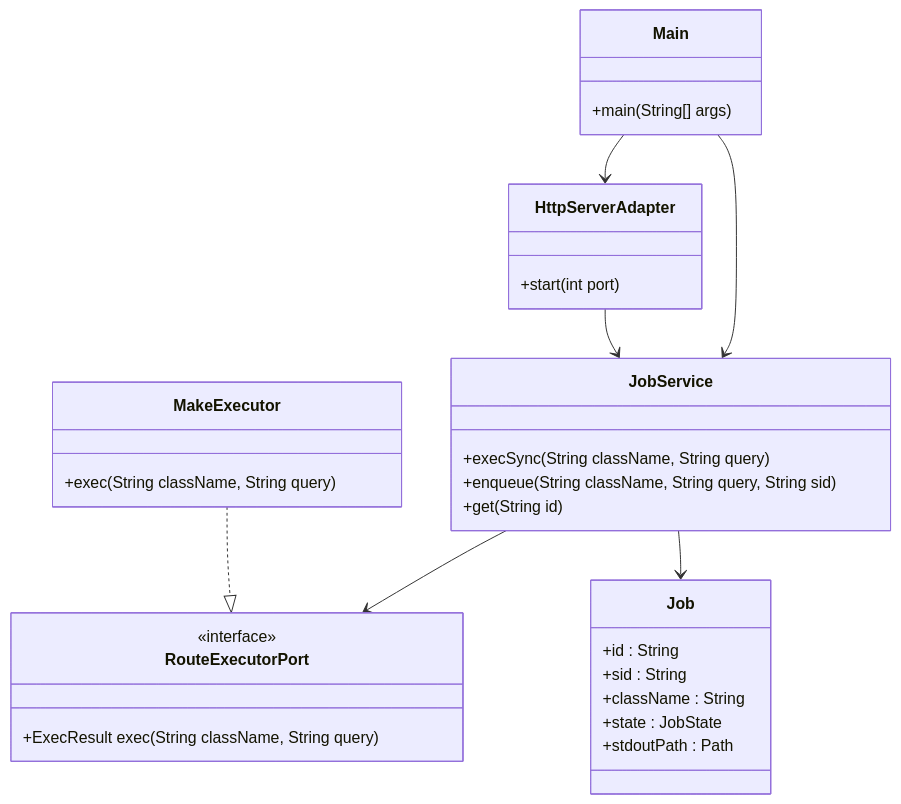
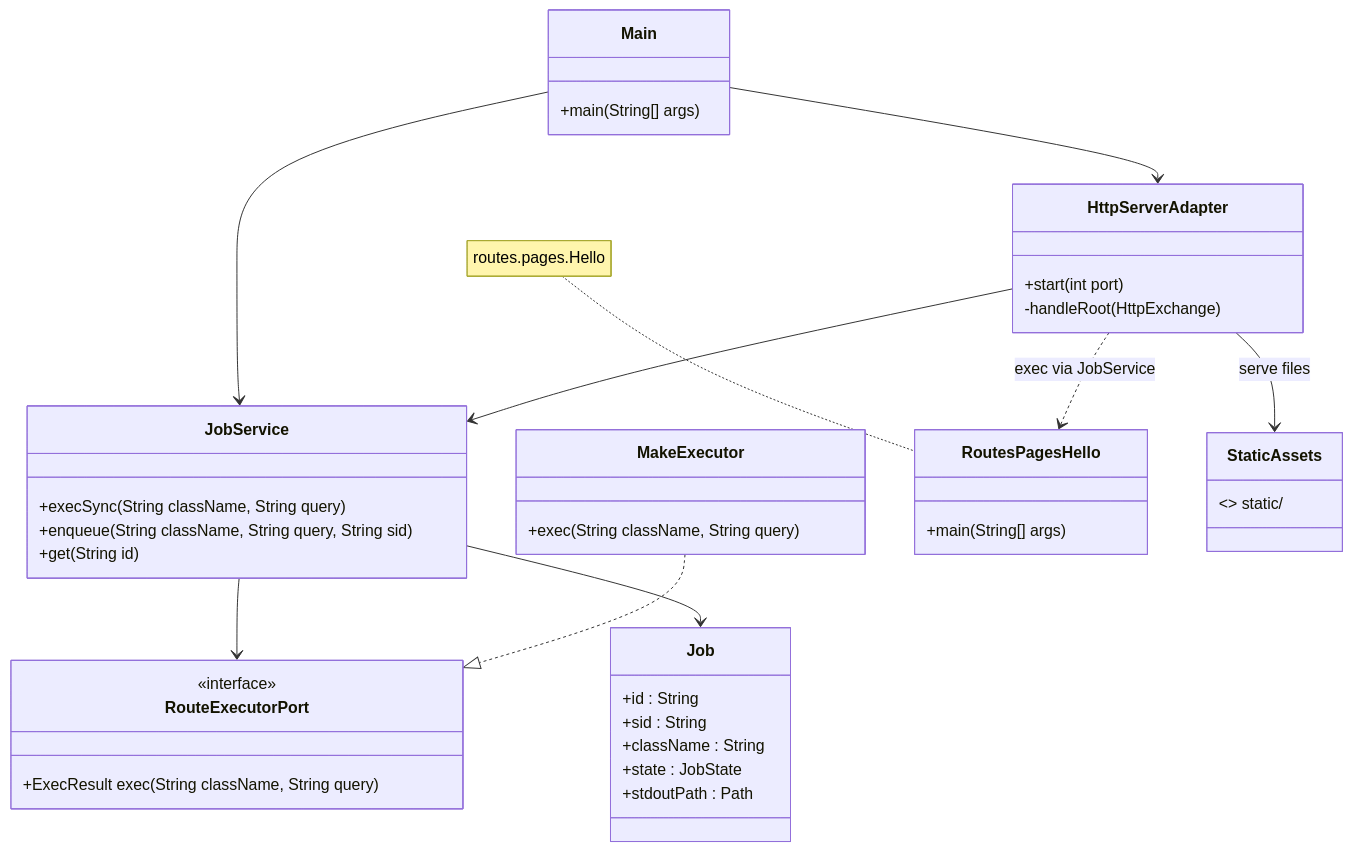
The first of 6 diagrams in README.md (jameswdelancey/cgiplus.java), drawn with Mermaid before and after one commit. The commit also changed other lines of this file and 3 other files, not shown here.

Commit message:
Fix Mermaid class diagram node syntax

````diff
--- a/README.md
+++ b/README.md
@@ -9,35 +9,45 @@
 ```mermaid
 classDiagram
     class Main {
         +main(String[] args)
     }
     class HttpServerAdapter {
         +start(int port)
+        -handleRoot(HttpExchange)
     }
     class JobService {
         +execSync(String className, String query)
         +enqueue(String className, String query, String sid)
         +get(String id)
     }
     class RouteExecutorPort {
         <<interface>>
         +ExecResult exec(String className, String query)
     }
     class MakeExecutor {
         +exec(String className, String query)
     }
     class Job {
         +id : String
         +sid : String
         +className : String
         +state : JobState
         +stdoutPath : Path
     }
+    class RoutesPagesHello {
+        +main(String[] args)
+    }
+    note for RoutesPagesHello "routes.pages.Hello"
+    class StaticAssets {
+        <<folder>> static/
+    }
 
     Main --> HttpServerAdapter
     Main --> JobService
     JobService --> RouteExecutorPort
     MakeExecutor ..|> RouteExecutorPort
     HttpServerAdapter --> JobService
     JobService --> Job
+    HttpServerAdapter --> StaticAssets : serve files
+    HttpServerAdapter ..> RoutesPagesHello : exec via JobService
 ```
````
